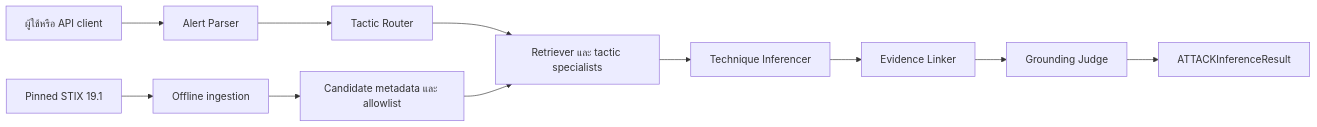
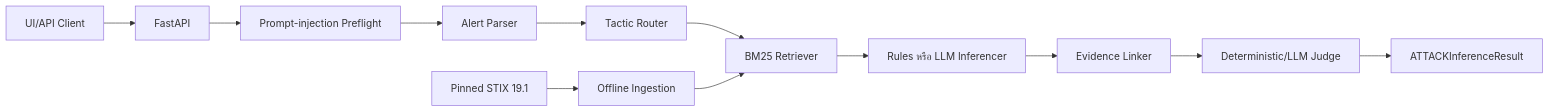
Before and after one commit to mai23133/Security-Alert: the diagram in docs/PROJECT_DETAILED_GUIDE_TH.md, drawn with Mermaid. The commit also changed other lines of this file and 29 other files, not shown here.

````diff
--- a/docs/PROJECT_DETAILED_GUIDE_TH.md
+++ b/docs/PROJECT_DETAILED_GUIDE_TH.md
@@ -31,14 +24,14 @@
 ```mermaid
 flowchart LR
-    U[ผู้ใช้หรือ API client] --> A[Alert Parser]
-    A --> B[Tactic Router]
-    B --> C[Retriever และ tactic specialists]
-    C --> D[Technique Inferencer]
-    D --> E[Evidence Linker]
-    E --> F[Grounding Judge]
-    F --> G[ATTACKInferenceResult]
-
-    S[Pinned STIX 19.1] --> I[Offline ingestion]
-    I --> K[Candidate metadata และ allowlist]
-    K --> C
+    U[UI/API Client] --> API[FastAPI]
+    API --> P[Prompt-injection Preflight]
+    P --> A[Alert Parser]
+    A --> R[Tactic Router]
+    R --> K[BM25 Retriever]
+    K --> I[Rules หรือ LLM Inferencer]
+    I --> E[Evidence Linker]
+    E --> J[Deterministic/LLM Judge]
+    J --> O[ATTACKInferenceResult]
+    S[Pinned STIX 19.1] --> G[Offline Ingestion]
+    G --> K
 ```
````
